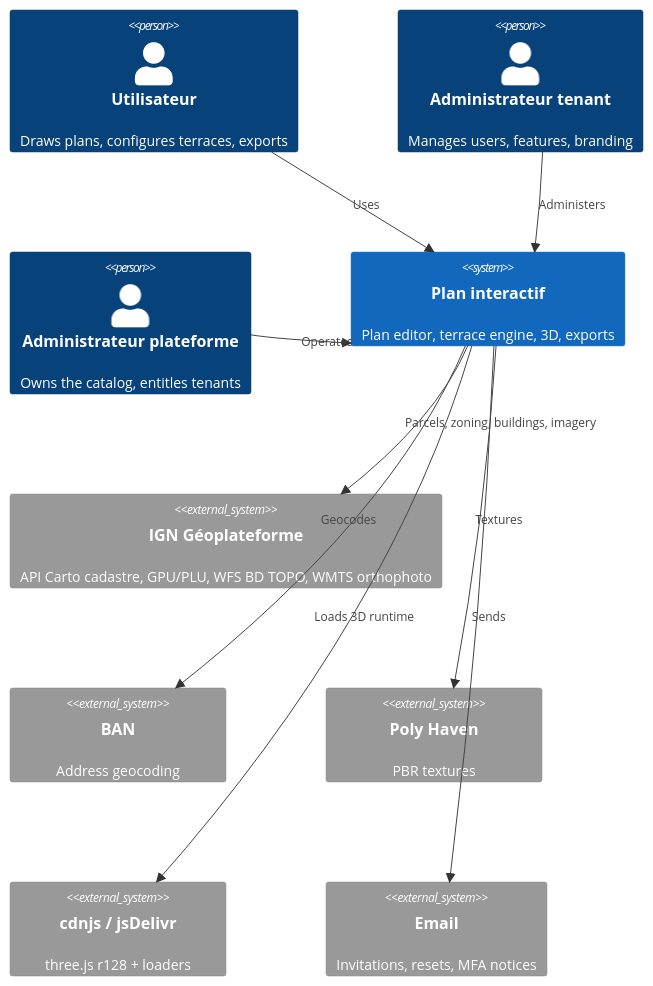
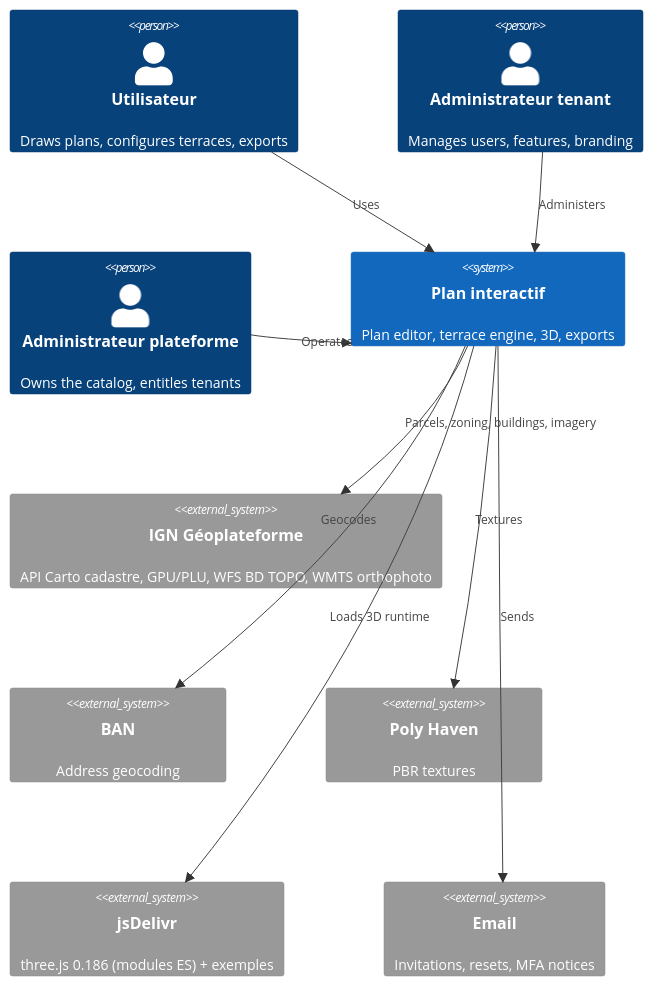
The first of 2 diagrams in MD/architecture.md (bertrandra/plan), drawn with Mermaid before and after one commit. The commit also changed other lines of this file and 38 other files, not shown here.

First line of the commit message:
three.js 0.186.1 (modules ES depuis jsDelivr) a la place de la r128

````diff
--- a/MD/architecture.md
+++ b/MD/architecture.md
@@ -30,23 +30,23 @@
 ```mermaid
 C4Context
   Person(member, "Utilisateur", "Draws plans, configures terraces, exports")
   Person(tadmin, "Administrateur tenant", "Manages users, features, branding")
   Person(padmin, "Administrateur plateforme", "Owns the catalog, entitles tenants")
 
   System(pi, "Plan interactif", "Plan editor, terrace engine, 3D, exports")
 
   System_Ext(ign, "IGN Géoplateforme", "API Carto cadastre, GPU/PLU, WFS BD TOPO, WMTS orthophoto")
   System_Ext(ban, "BAN", "Address geocoding")
   System_Ext(ph, "Poly Haven", "PBR textures")
-  System_Ext(cdn, "cdnjs / jsDelivr", "three.js r128 + loaders")
+  System_Ext(cdn, "jsDelivr", "three.js 0.186 (modules ES) + exemples")
   System_Ext(mail, "Email", "Invitations, resets, MFA notices")
 
   Rel(member, pi, "Uses")
   Rel(tadmin, pi, "Administers")
   Rel(padmin, pi, "Operates")
   Rel(pi, ign, "Parcels, zoning, buildings, imagery")
   Rel(pi, ban, "Geocodes")
   Rel(pi, ph, "Textures")
   Rel(pi, cdn, "Loads 3D runtime")
   Rel(pi, mail, "Sends")
 ```
````
